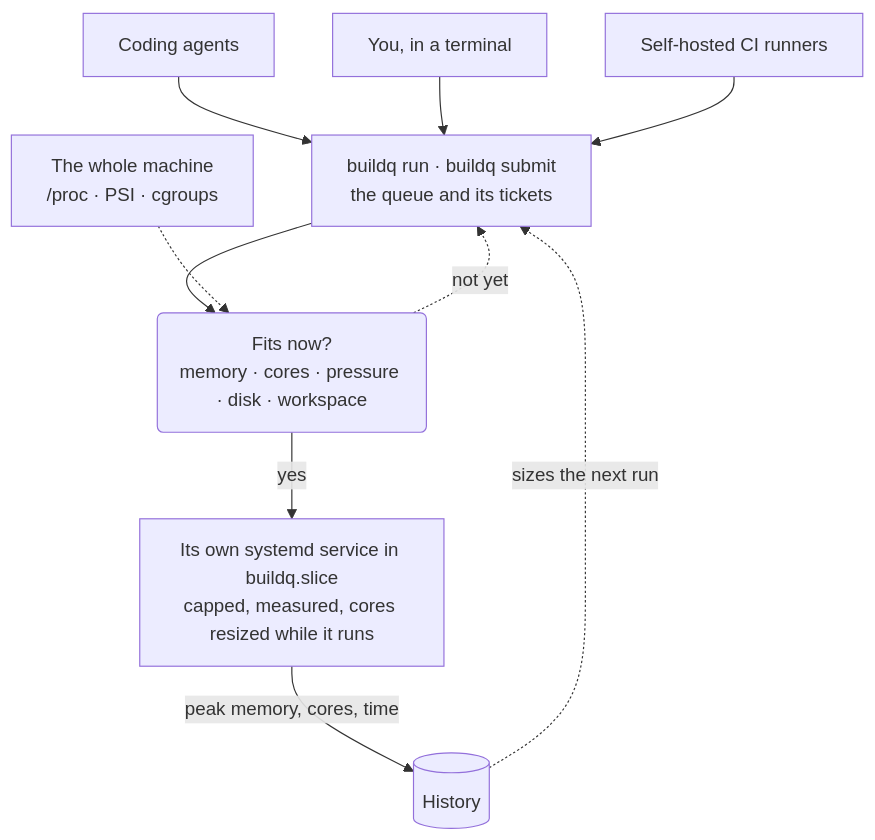
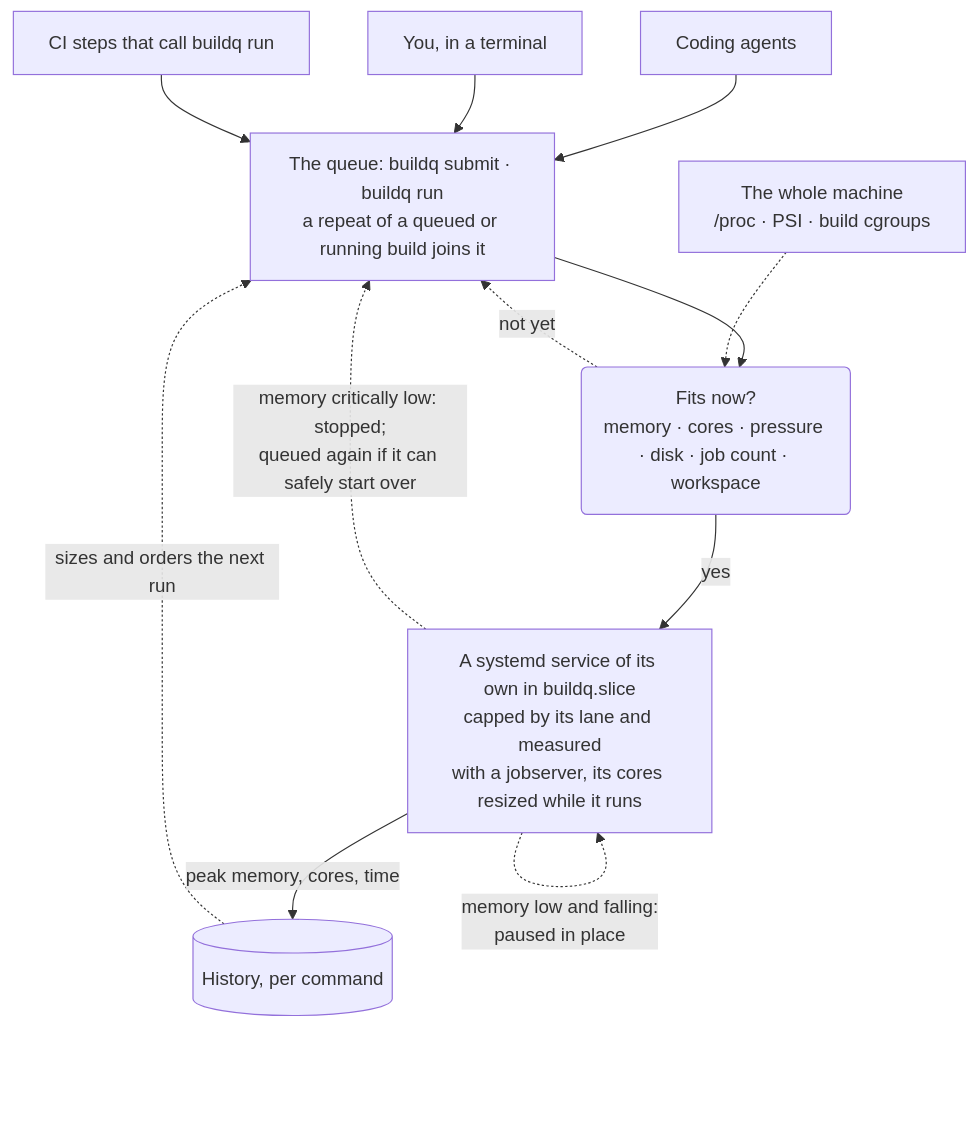
Before and after one commit to nosliwsirhc/buildq: the diagram in README.md, drawn with Mermaid. The commit also changed other lines of this file and 6 other files, not shown here.

First line of the commit message:
README and docs: accurate diagram and summaries, after three review rounds (#23)

````diff
--- a/README.md
+++ b/README.md
@@ -29,12 +29,15 @@
 ```mermaid
 flowchart TB
     A["Coding agents"] --> Q
     T["You, in a terminal"] --> Q
-    C["Self-hosted CI runners"] --> Q
-    Q["buildq run · buildq submit<br/>the queue and its tickets"] --> D
-    M["The whole machine<br/>/proc · PSI · cgroups"] -.-> D
-    D("Fits now?<br/>memory · cores · pressure · disk · workspace") -- "yes" --> S
+    C["CI steps that call buildq run"] --> Q
+    Q["The queue: buildq submit · buildq run<br/>a repeat of a queued or running build joins it"] --> D
+    M["The whole machine<br/>/proc · PSI · build cgroups"] -.-> D
+    D("Fits now?<br/>memory · cores · pressure · disk · job count · workspace") -- "yes" --> S
     D -. "not yet" .-> Q
-    S["Its own systemd service in buildq.slice<br/>capped, measured, cores resized while it runs"] -- "peak memory, cores, time" --> H[("History")]
-    H -. "sizes the next run" .-> Q
+    S["A systemd service of its own in buildq.slice<br/>capped by its lane and measured<br/>with a jobserver, its cores resized while it runs"]
+    S -. "memory low and falling:<br/>paused in place" .-> S
+    S -. "memory critically low: stopped;<br/>queued again if it can safely start over" .-> Q
+    S -- "peak memory, cores, time" --> H[("History, per command")]
+    H -. "sizes and orders the next run" .-> Q
 ```
````
